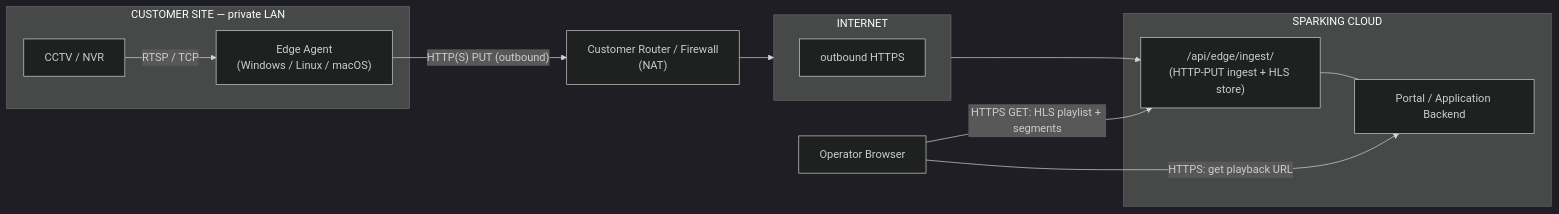
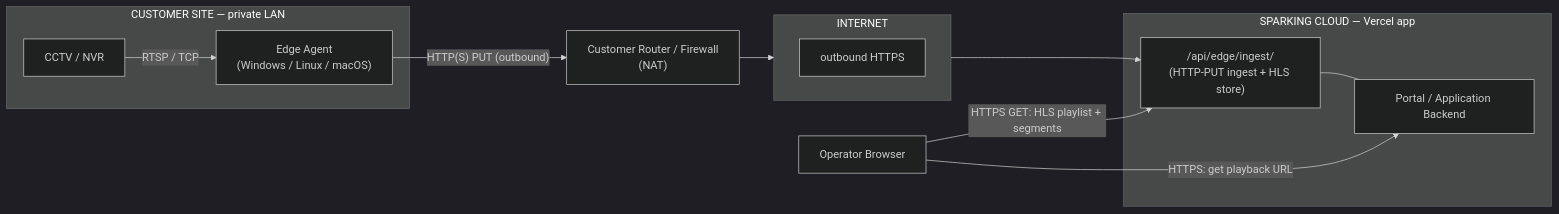
Before and after one commit to Tatu1984/Smart-Parking: the second of 18 diagrams in docs/cctv/edge-agent-complete-architecture.md, drawn with Mermaid (dark theme). The commit also changed other lines of this file and 1 other file, not shown here.

First line of the commit message:
docs(cctv): reflect portal + ingest on same Vercel app in architecture doc

````diff
--- a/docs/cctv/edge-agent-complete-architecture.md
+++ b/docs/cctv/edge-agent-complete-architecture.md
@@ -94,24 +94,24 @@
 ```mermaid
 flowchart LR
   subgraph SITE["CUSTOMER SITE — private LAN"]
     CAM["CCTV / NVR"]
     EA["Edge Agent<br/>(Windows / Linux / macOS)"]
   end
   RTR["Customer Router / Firewall<br/>(NAT)"]
   subgraph NET["INTERNET"]
     direction LR
     PIPE["outbound HTTPS"]
   end
-  subgraph CLOUD["SPARKING CLOUD"]
+  subgraph CLOUD["SPARKING CLOUD — Vercel app"]
     ING["/api/edge/ingest/<br/>(HTTP-PUT ingest + HLS store)"]
     PORTAL["Portal / Application Backend"]
   end
   BR["Operator Browser"]
 
   CAM -->|"RTSP / TCP"| EA
   EA -->|"HTTP(S) PUT (outbound)"| RTR
   RTR --> PIPE --> ING
   ING --- PORTAL
   BR -->|"HTTPS: get playback URL"| PORTAL
   BR -->|"HTTPS GET: HLS playlist + segments"| ING
 ```
````
